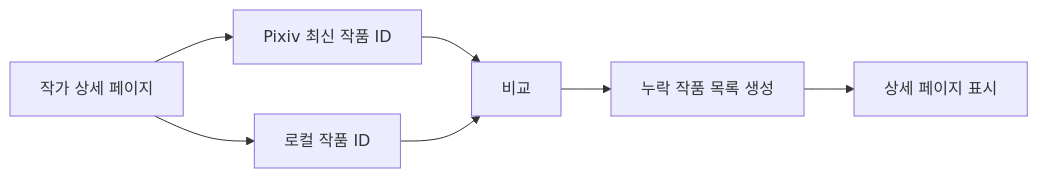
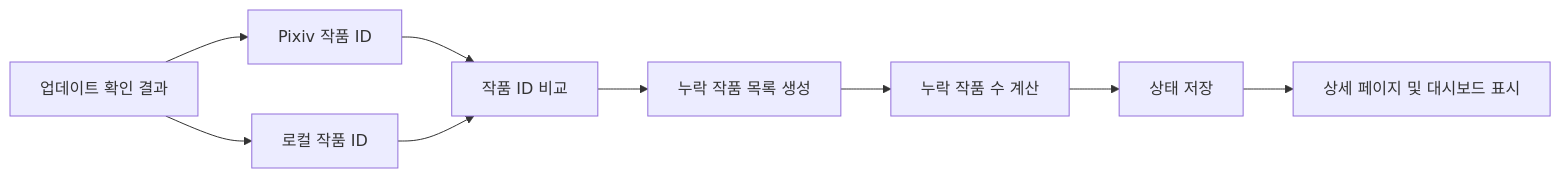
Diagram 11 of 25 in docs/03_SYSTEM_FLOW.md (PKT0623/PixivLocalManager), drawn with Mermaid before and after one commit. The commit also changed other lines of this file and 10 other files, not shown here.

````diff
--- a/docs/03_SYSTEM_FLOW.md
+++ b/docs/03_SYSTEM_FLOW.md
@@ -127,15 +267,16 @@
 ```mermaid
 flowchart LR
 
-A[작가 상세 페이지]
+A[업데이트 확인 결과]
 
-A --> B[Pixiv 최신 작품 ID]
+A --> B[Pixiv 작품 ID]
 A --> C[로컬 작품 ID]
 
-B --> D[비교]
+B --> D[작품 ID 비교]
 C --> D
 
 D --> E[누락 작품 목록 생성]
-
-E --> F[상세 페이지 표시]
+E --> F[누락 작품 수 계산]
+F --> G[상태 저장]
+G --> H[상세 페이지 및 대시보드 표시]
 ```
````
